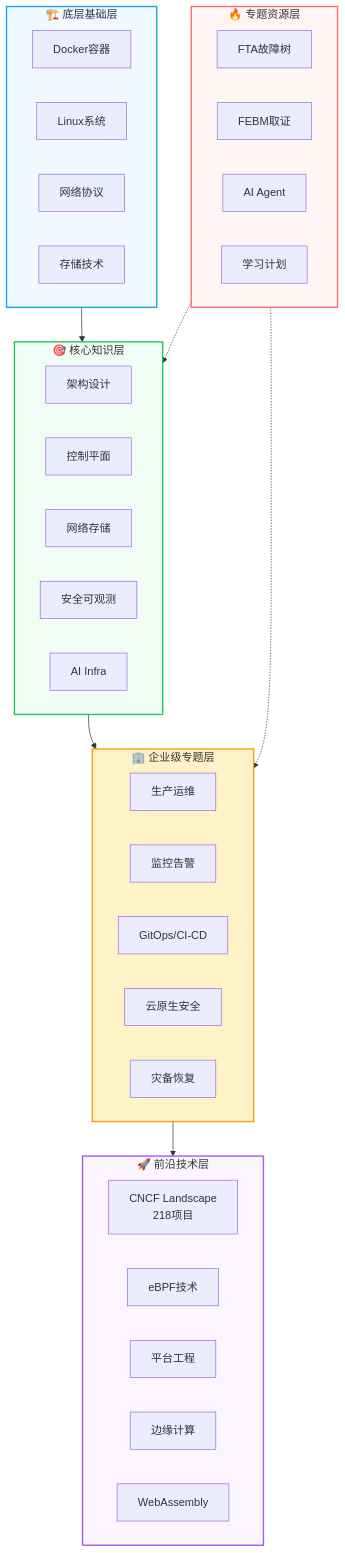
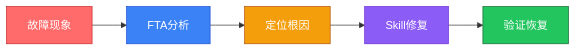
Before and after one commit to kudig-io/kudig-database: the second of 6 diagrams in README.md, drawn with Mermaid. The commit also changed other lines of this file, not shown here.

````diff
--- a/README.md
+++ b/README.md
@@ -313,52 +281,13 @@
 ```mermaid
-graph TB
-    subgraph L5["🚀 前沿技术层"]
-        A[CNCF Landscape<br/>218项目]
-        B[eBPF技术]
-        C[平台工程]
-        D[边缘计算]
-        E[WebAssembly]
-    end
+flowchart LR
+    A[故障现象] --> B[FTA分析]
+    B --> C[定位根因]
+    C --> D[Skill修复]
+    D --> E[验证恢复]
     
-    subgraph L4["🏢 企业级专题层"]
-        F[生产运维]
-        G[监控告警]
-        H[GitOps/CI-CD]
-        I[云原生安全]
-        J[灾备恢复]
-    end
-    
-    subgraph L3["🎯 核心知识层"]
-        K[架构设计]
-        L[控制平面]
-        M[网络存储]
-        N[安全可观测]
-        O[AI Infra]
-    end
-    
-    subgraph L2["🏗️ 底层基础层"]
-        P[Docker容器]
-        Q[Linux系统]
-        R[网络协议]
-        S[存储技术]
-    end
-    
-    subgraph L1["🔥 专题资源层"]
-        T[FTA故障树]
-        U[FEBM取证]
-        V[AI Agent]
-        W[学习计划]
-    end
-    
-    L2 --> L3
-    L3 --> L4
-    L4 --> L5
-    L1 -.-> L3
-    L1 -.-> L4
-    
-    style L1 fill:#fff5f5,stroke:#ff6b6b,stroke-width:2px
-    style L2 fill:#f0f9ff,stroke:#0ea5e9,stroke-width:2px
-    style L3 fill:#f0fdf4,stroke:#22c55e,stroke-width:2px
-    style L4 fill:#fef3c7,stroke:#f59e0b,stroke-width:2px
-    style L5 fill:#faf5ff,stroke:#a855f7,stroke-width:2px
+    style A fill:#ff6b6b,stroke:#c92a2a,color:#fff
+    style B fill:#3b82f6,stroke:#1d4ed8,color:#fff
+    style C fill:#f59e0b,stroke:#b45309,color:#fff
+    style D fill:#8b5cf6,stroke:#6d28d9,color:#fff
+    style E fill:#22c55e,stroke:#166534,color:#fff
 ```
````
